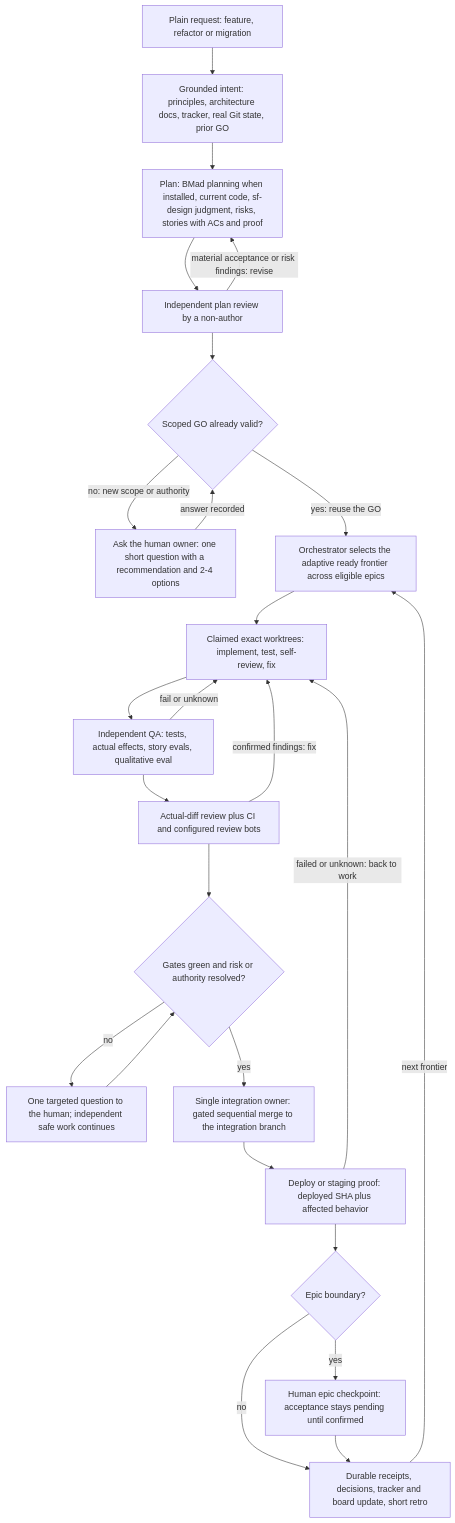
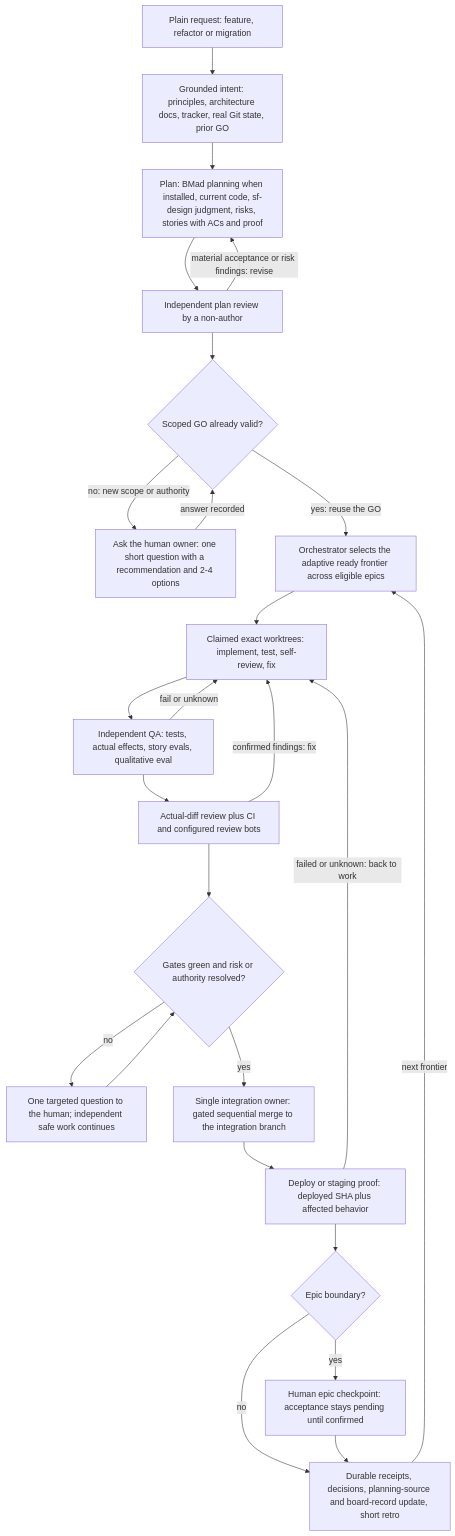
The diagram in skills/software-factory/workflows/feature.md (sbeeredd04/software-factory), drawn with Mermaid before and after one commit. The commit also changed other lines of this file and 5 other files, not shown here.

````diff
--- a/skills/software-factory/workflows/feature.md
+++ b/skills/software-factory/workflows/feature.md
@@ -7,27 +7,27 @@
 ```mermaid
 flowchart TD
   Q[Plain request: feature, refactor or migration] --> G[Grounded intent: principles, architecture docs, tracker, real Git state, prior GO]
   G --> P[Plan: BMad planning when installed, current code, sf-design judgment, risks, stories with ACs and proof]
   P --> R[Independent plan review by a non-author]
   R -->|material acceptance or risk findings: revise| P
   R --> A{Scoped GO already valid?}
   A -->|no: new scope or authority| H[Ask the human owner: one short question with a recommendation and 2-4 options]
   H -->|answer recorded| A
   A -->|yes: reuse the GO| O[Orchestrator selects the adaptive ready frontier across eligible epics]
   O --> W[Claimed exact worktrees: implement, test, self-review, fix]
   W --> V[Independent QA: tests, actual effects, story evals, qualitative eval]
   V -->|fail or unknown| W
   V --> D[Actual-diff review plus CI and configured review bots]
   D -->|confirmed findings: fix| W
   D --> T{Gates green and risk or authority resolved?}
   T -->|no| N[One targeted question to the human; independent safe work continues]
   N --> T
   T -->|yes| M[Single integration owner: gated sequential merge to the integration branch]
   M --> S[Deploy or staging proof: deployed SHA plus affected behavior]
   S -->|failed or unknown: back to work| W
   S --> C{Epic boundary?}
   C -->|yes| E[Human epic checkpoint: acceptance stays pending until confirmed]
-  C -->|no| K[Durable receipts, decisions, tracker and board update, short retro]
+  C -->|no| K[Durable receipts, decisions, planning-source and board-record update, short retro]
   E --> K
   K -->|next frontier| O
 ```
````
